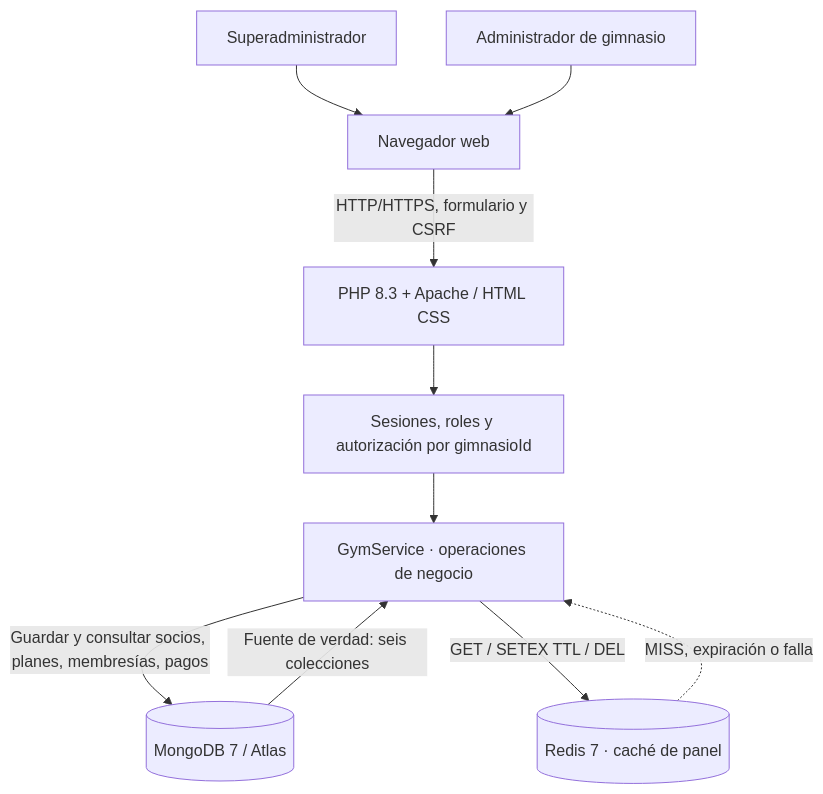
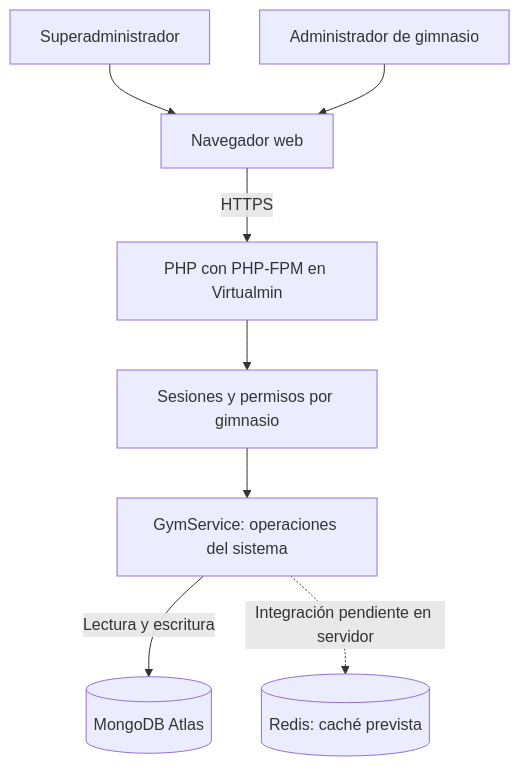
Before and after one commit to DixonBM/GymFlow-grupo01: the diagram in docs/arquitectura/arquitectura-v1.md, drawn with Mermaid. The commit also changed other lines of this file and 1 other file, not shown here.

Commit message:
corregir arquitectura desplegada y evidencias del S1

````diff
--- a/docs/arquitectura/arquitectura-v1.md
+++ b/docs/arquitectura/arquitectura-v1.md
@@ -5,12 +13,10 @@
 ```mermaid
 flowchart TD
     SUPER[Superadministrador] --> WEB[Navegador web]
     ADMIN[Administrador de gimnasio] --> WEB
-    WEB -->|HTTP/HTTPS, formulario y CSRF| PHP[PHP 8.3 + Apache / HTML CSS]
-    PHP --> AUTH[Sesiones, roles y autorización por gimnasioId]
-    AUTH --> SVC[GymService · operaciones de negocio]
-    SVC -->|Guardar y consultar socios, planes, membresías, pagos| MDB[(MongoDB 7 / Atlas)]
-    SVC -->|GET / SETEX TTL / DEL| CACHE[(Redis 7 · caché de panel)]
-    CACHE -.->|MISS, expiración o falla| SVC
-    MDB -->|Fuente de verdad: seis colecciones| SVC
+    WEB -->|HTTPS| PHP[PHP con PHP-FPM en Virtualmin]
+    PHP --> AUTH[Sesiones y permisos por gimnasio]
+    AUTH --> SVC[GymService: operaciones del sistema]
+    SVC -->|Lectura y escritura| MDB[(MongoDB Atlas)]
+    SVC -. Integración pendiente en servidor .-> REDIS[(Redis: caché prevista)]
 ```
````
